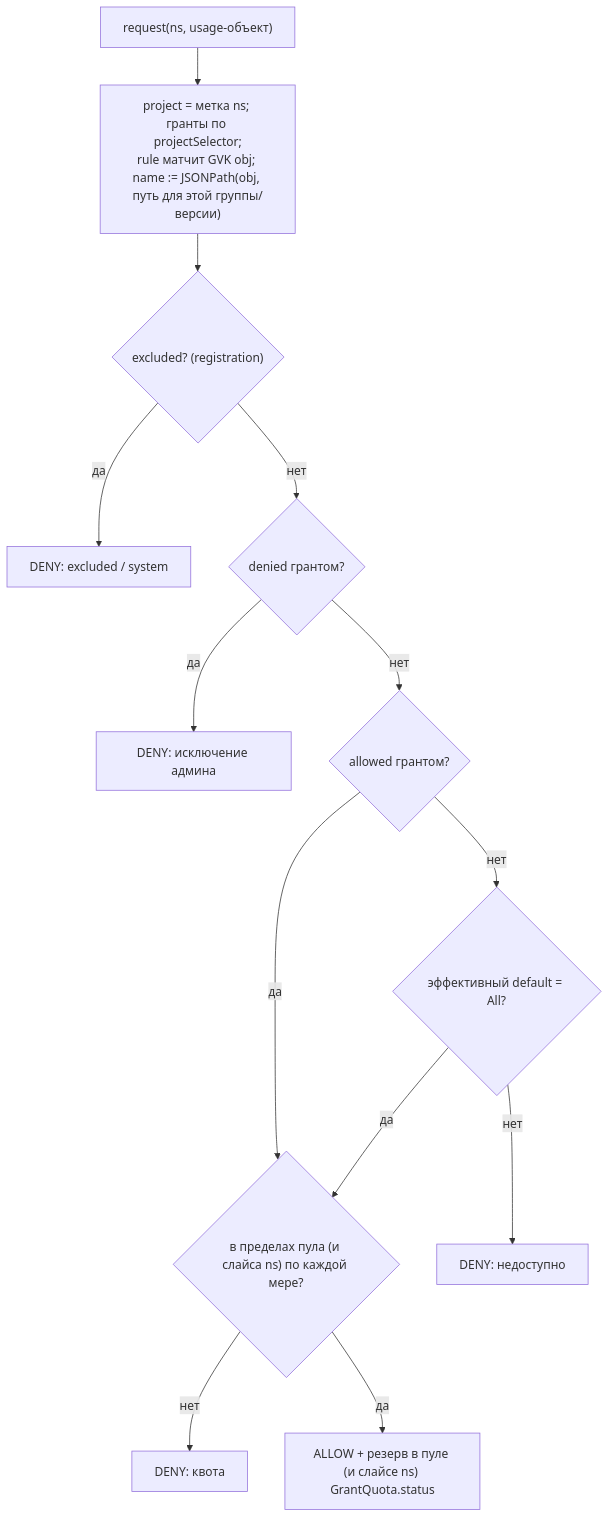
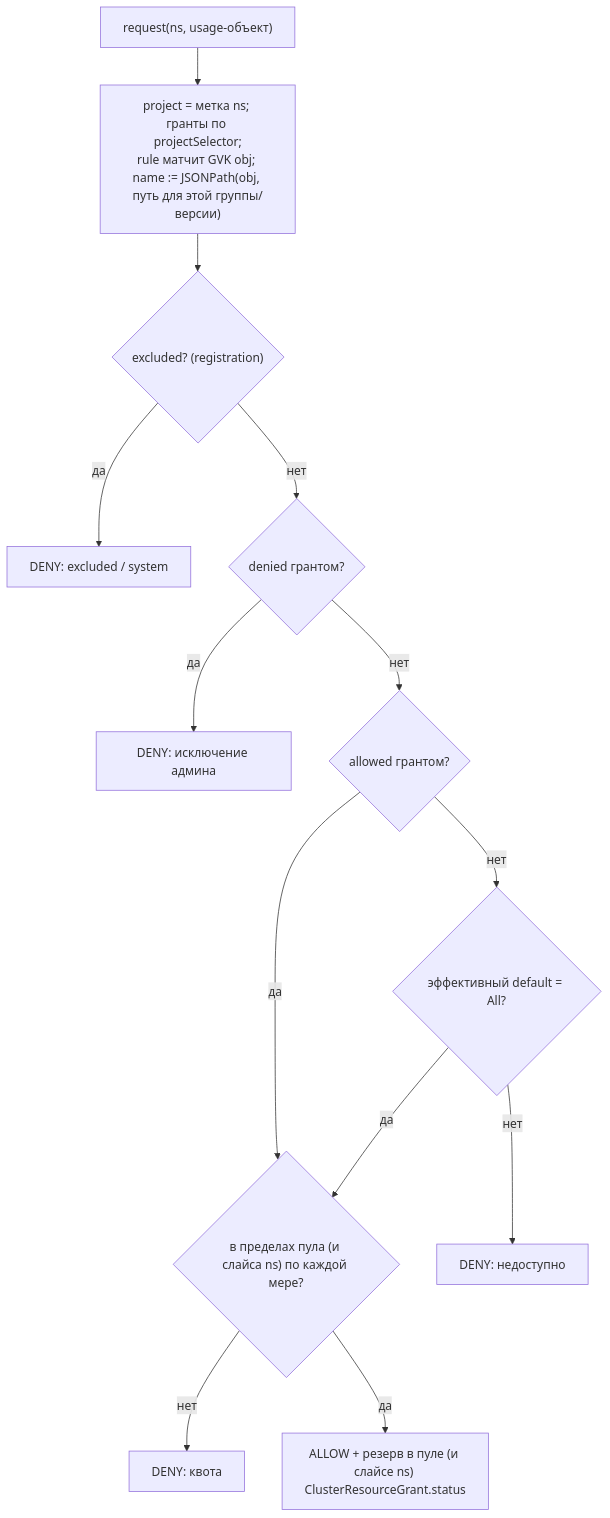
One commit to deckhouse/deckhouse changed the fourth of 4 diagrams in modules/160-multitenancy-manager/docs/internal/CLUSTER_OBJECT_GRANTS_DESIGN_RU.md. Above: the diagram before and after it, drawn with Mermaid. The commit also changed other lines of this file and 45 other files, not shown here.

First line of the commit message:
[multitenancy-manager] rename CRDs to cluster-resource terminology

````diff
--- a/modules/160-multitenancy-manager/docs/internal/CLUSTER_OBJECT_GRANTS_DESIGN_RU.md
+++ b/modules/160-multitenancy-manager/docs/internal/CLUSTER_OBJECT_GRANTS_DESIGN_RU.md
@@ -387,15 +387,15 @@
 ```mermaid
 flowchart TB
   R["request(ns, usage-объект)"] --> NAME["project = метка ns; гранты по projectSelector;<br/>rule матчит GVK obj; name := JSONPath(obj, путь для этой группы/версии)"]
   NAME --> EXC{"excluded? (registration)"}
   EXC -- да --> DENY0[DENY: excluded / system]
   EXC -- нет --> DEN{"denied грантом?"}
   DEN -- да --> DENY1[DENY: исключение админа]
   DEN -- нет --> ALW{"allowed грантом?"}
   ALW -- да --> QUOTA{"в пределах пула (и слайса ns) по каждой мере?"}
   ALW -- нет --> DEF{"эффективный default = All?"}
   DEF -- нет --> DENY2[DENY: недоступно]
   DEF -- да --> QUOTA
   QUOTA -- нет --> DENY3[DENY: квота]
-  QUOTA -- да --> ALLOW["ALLOW + резерв в пуле (и слайсе ns) GrantQuota.status"]
+  QUOTA -- да --> ALLOW["ALLOW + резерв в пуле (и слайсе ns) ClusterResourceGrant.status"]
 ```
````
